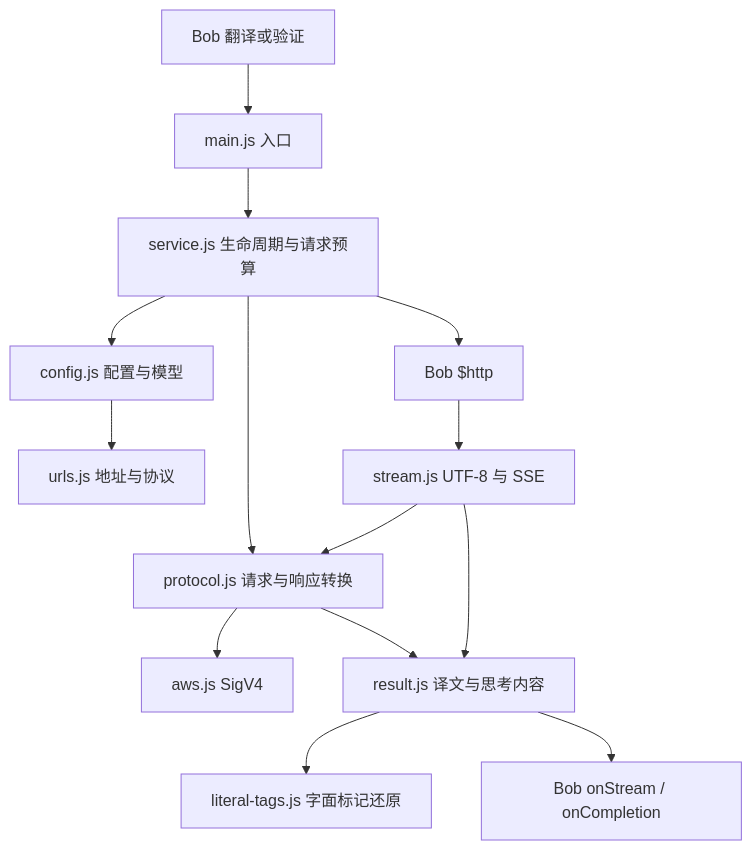
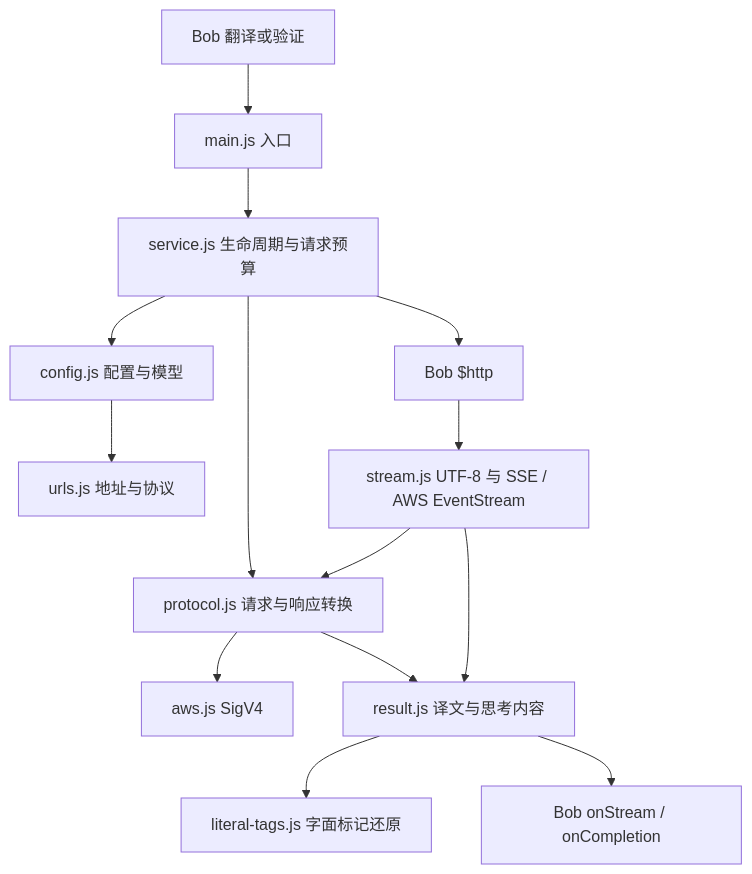
Before and after one commit to GravityPoet/Bob-DeepThink-Free-ChatGPT-Gemini-Claude: the diagram in docs/architecture.md, drawn with Mermaid. The commit also changed other lines of this file and 31 other files, not shown here.

````diff
--- a/docs/architecture.md
+++ b/docs/architecture.md
@@ -7,16 +7,16 @@
 ```mermaid
 flowchart TD
     Bob[Bob 翻译或验证] --> Entry[main.js 入口]
     Entry --> Service[service.js 生命周期与请求预算]
     Service --> Config[config.js 配置与模型]
     Config --> URL[urls.js 地址与协议]
     Service --> Protocol[protocol.js 请求与响应转换]
     Protocol --> AWS[aws.js SigV4]
     Service --> HTTP[Bob $http]
-    HTTP --> Stream[stream.js UTF-8 与 SSE]
+    HTTP --> Stream[stream.js UTF-8 与 SSE / AWS EventStream]
     Stream --> Protocol
     Protocol --> Result[result.js 译文与思考内容]
     Stream --> Result
     Result --> Literal[literal-tags.js 字面标记还原]
     Result --> Callback[Bob onStream / onCompletion]
 ```
````
